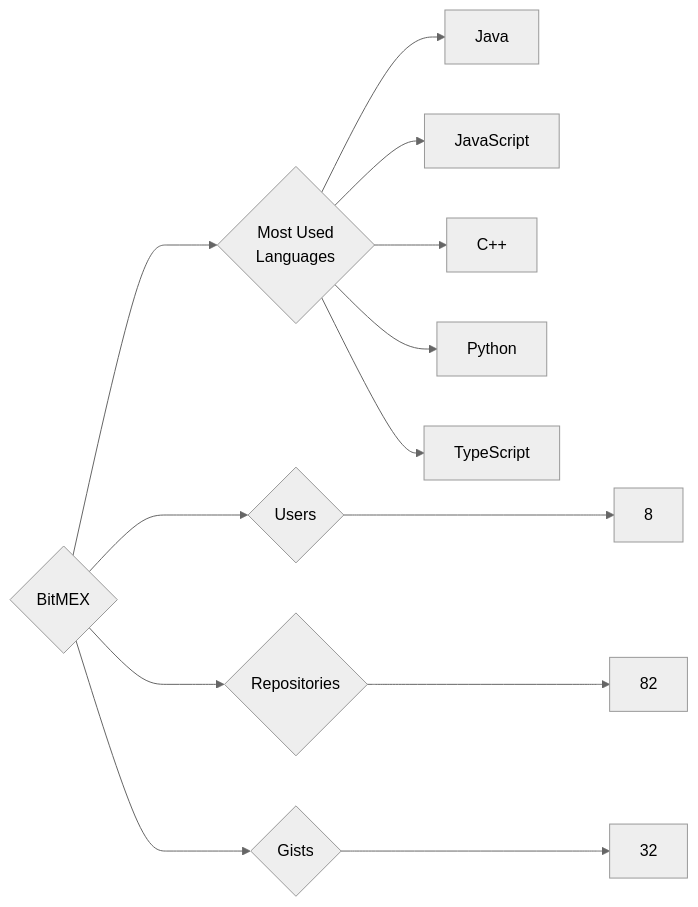
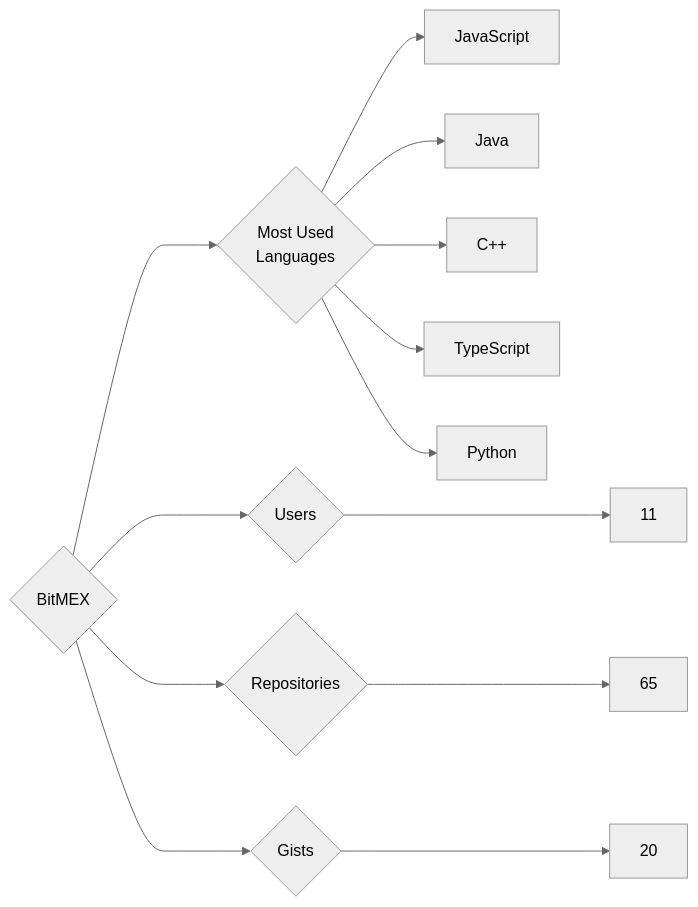
The diagram in targets/BitMEX/README.md (trickest/insiders), drawn with Mermaid (neutral theme) before and after one commit. The commit also changed 1055 other files, not shown here.

````diff
--- a/targets/BitMEX/README.md
+++ b/targets/BitMEX/README.md
@@ -3,13 +3,13 @@
 ```mermaid
 graph LR
 COMPANY_NAME{BitMEX}
-COMPANY_NAME ---> U{Users} ---> UN[8]
-COMPANY_NAME ---> R{Repositories} ---> RN[82]
-COMPANY_NAME ---> G{Gists} ---> GN[32]
+COMPANY_NAME ---> U{Users} ---> UN[11]
+COMPANY_NAME ---> R{Repositories} ---> RN[65]
+COMPANY_NAME ---> G{Gists} ---> GN[20]
 COMPANY_NAME ---> ML{Most Used<br>Languages}
+ML --> JavaScript[JavaScript]
 ML --> Java[Java]
-ML --> JavaScript[JavaScript]
 ML --> C++[C++]
+ML --> TypeScript[TypeScript]
 ML --> Python[Python]
-ML --> TypeScript[TypeScript]
 ```
````
